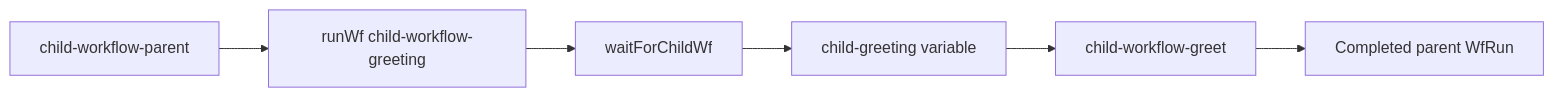
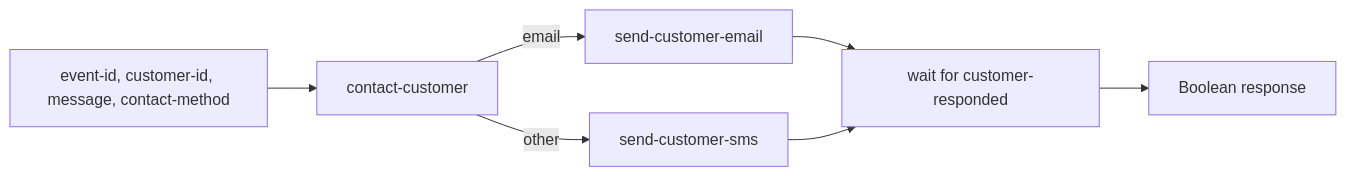
The first of 2 diagrams in examples/lh-server/java/60-child-workflows/README.md (littlehorse-enterprises/lh-developer-hub), drawn with Mermaid before and after one commit. The commit also changed other lines of this file and 2 other files, not shown here.

Commit message:
feat: make child workflows show composability

````diff
--- a/examples/lh-server/java/60-child-workflows/README.md
+++ b/examples/lh-server/java/60-child-workflows/README.md
@@ -10,8 +22,9 @@
 ```mermaid
 flowchart LR
-    A[child-workflow-parent] --> B[runWf child-workflow-greeting]
-    B --> C[waitForChildWf]
-    C --> D[child-greeting variable]
-    D --> E[child-workflow-greet]
-    E --> F[Completed parent WfRun]
+    A[event-id, customer-id, message, contact-method] --> B[contact-customer]
+    B -->|email| C[send-customer-email]
+    B -->|other| D[send-customer-sms]
+    C --> E[wait for customer-responded]
+    D --> E
+    E --> F[Boolean response]
 ```
````
